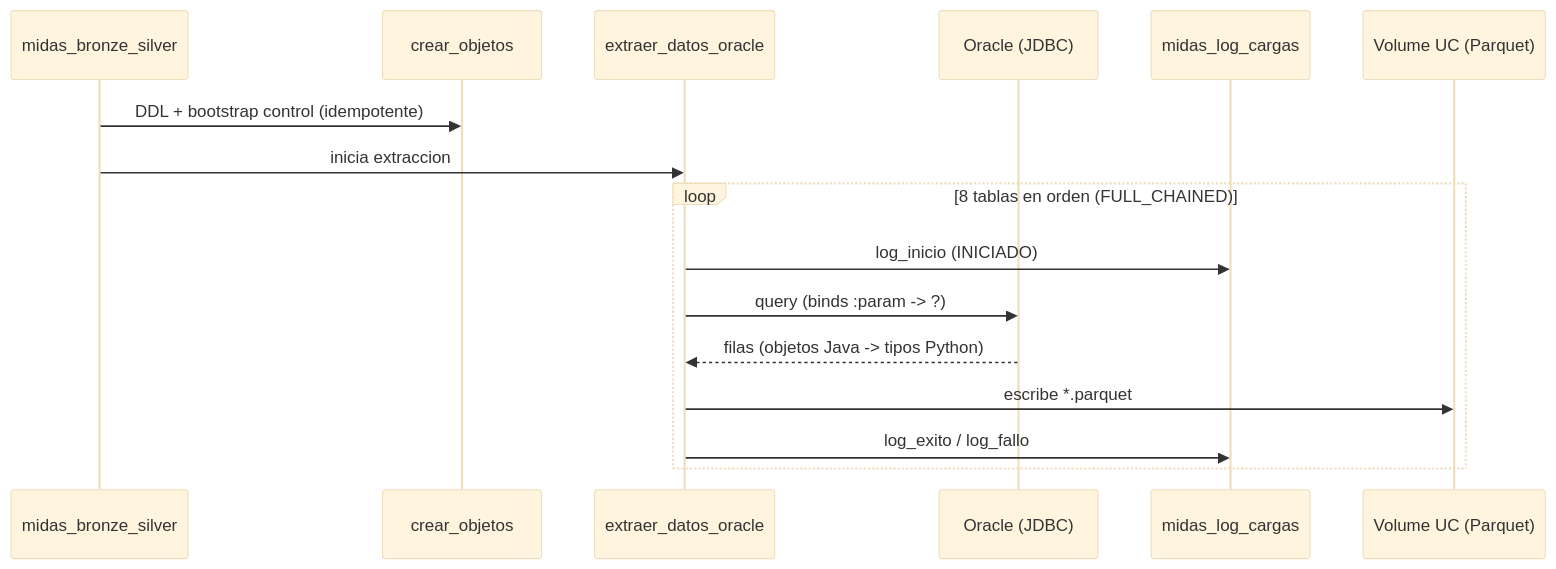
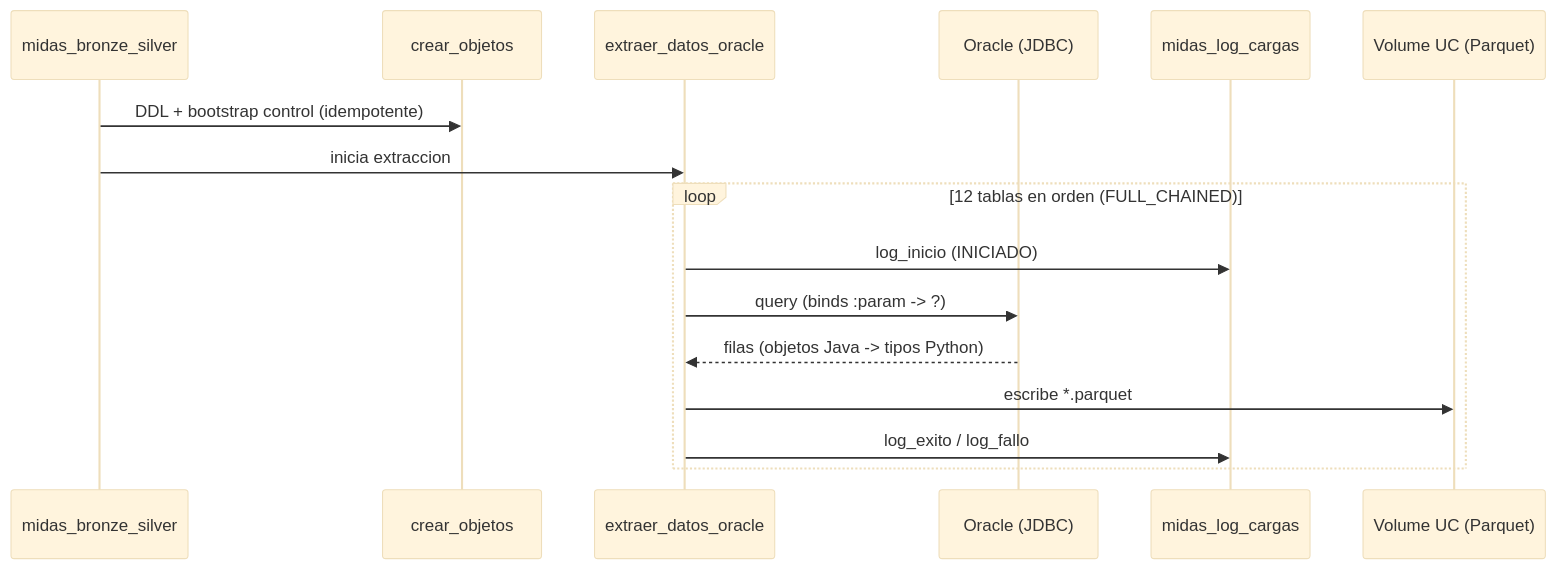
Before and after one commit to DataEngMikeDataknow/midas_agent: the third of 4 diagrams in docs/02_ARQUITECTURA_Y_FLUJOS.md, drawn with Mermaid (base theme). The commit also changed other lines of this file and 19 other files, not shown here.

````diff
--- a/docs/02_ARQUITECTURA_Y_FLUJOS.md
+++ b/docs/02_ARQUITECTURA_Y_FLUJOS.md
@@ -52,19 +52,19 @@
 ```mermaid
 sequenceDiagram
     participant Job as midas_bronze_silver
     participant CO as crear_objetos
     participant EX as extraer_datos_oracle
     participant Ora as Oracle (JDBC)
     participant Ctrl as midas_log_cargas
     participant Vol as Volume UC (Parquet)
 
     Job->>CO: DDL + bootstrap control (idempotente)
     Job->>EX: inicia extraccion
-    loop 8 tablas en orden (FULL_CHAINED)
+    loop 12 tablas en orden (FULL_CHAINED)
         EX->>Ctrl: log_inicio (INICIADO)
         EX->>Ora: query (binds :param -> ?)
         Ora-->>EX: filas (objetos Java -> tipos Python)
         EX->>Vol: escribe *.parquet
         EX->>Ctrl: log_exito / log_fallo
     end
 ```
````
